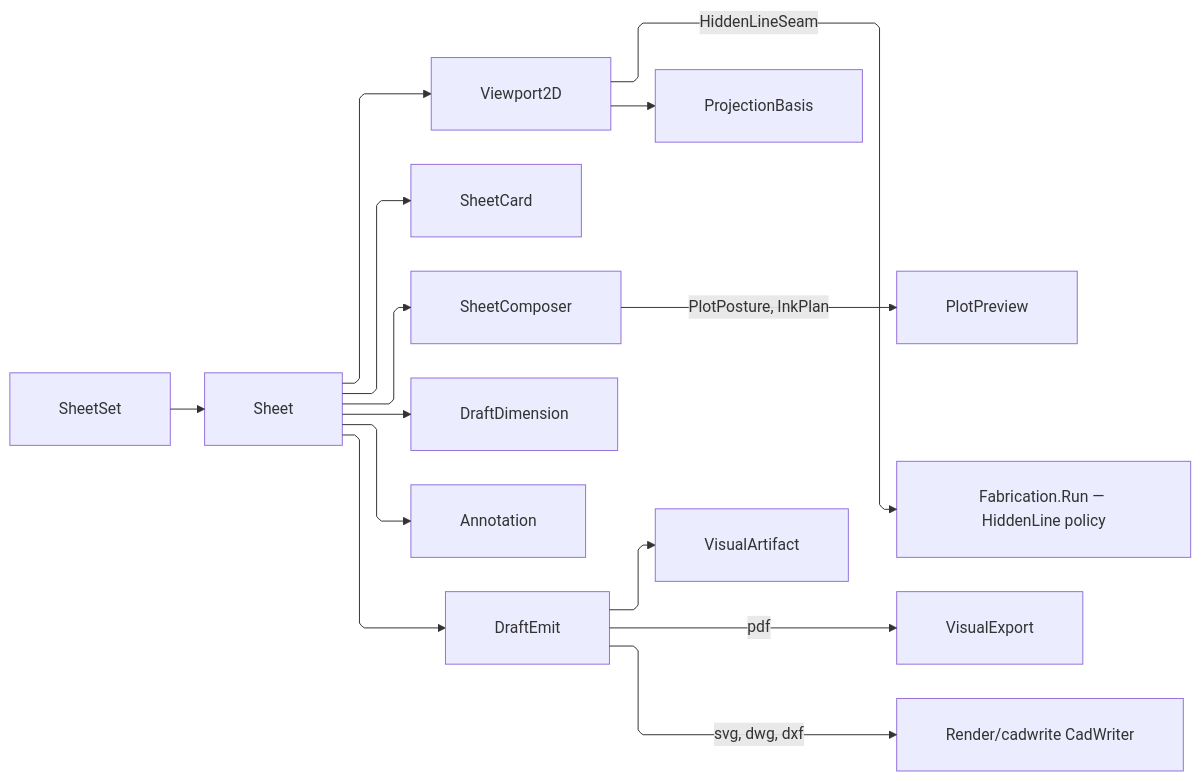
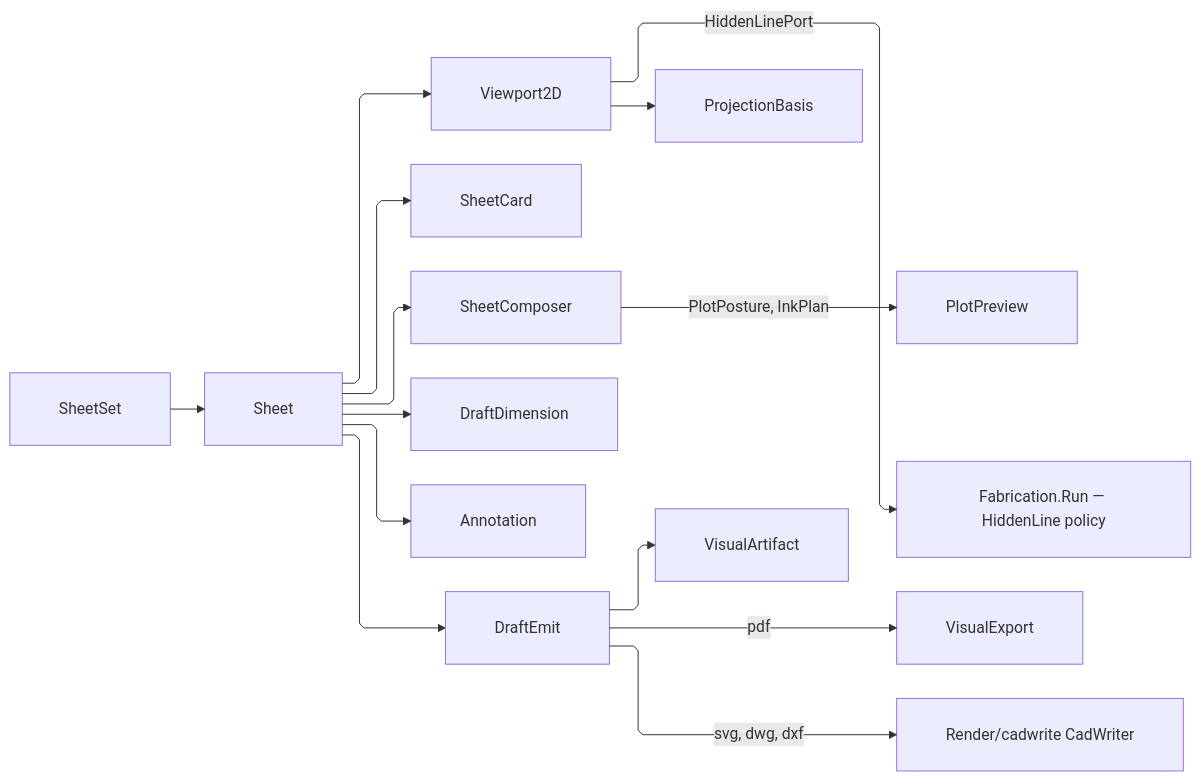
One commit to bsamiee/Rasm changed the diagram in libs/dotnet/Rasm.AppUi/.planning/Render/drafting.md. Above: the diagram before and after it, drawn with Mermaid. The commit also changed other lines of this file and 1997 other files, not shown here.

````diff
--- a/libs/dotnet/Rasm.AppUi/.planning/Render/drafting.md
+++ b/libs/dotnet/Rasm.AppUi/.planning/Render/drafting.md
@@ -843,25 +843,25 @@
 ```mermaid
 ---
 config:
   layout: elk
   flowchart:
     curve: linear
     padding: 25
 ---
 flowchart LR
     accTitle: Drafting projection and export flow
     accDescr: Sheet geometry, annotations, and title data project once before PDF, SVG, DWG, or DXF emission.
     SheetSet --> Sheet
     Sheet --> Viewport2D
     Viewport2D --> ProjectionBasis
     Sheet --> SheetCard
     Sheet --> SheetComposer
     SheetComposer -->|PlotPosture, InkPlan| PlotPreview
-    Viewport2D -->|HiddenLineSeam| Hlr["Fabrication.Run — HiddenLine policy"]
+    Viewport2D -->|HiddenLinePort| Hlr["Fabrication.Run — HiddenLine policy"]
     Sheet --> DraftDimension
     Sheet --> Annotation
     Sheet --> DraftEmit
     DraftEmit -->|pdf| VisualExport
     DraftEmit -->|svg, dwg, dxf| CadWriter["Render/cadwrite CadWriter"]
     DraftEmit --> VisualArtifact
 ```
````
